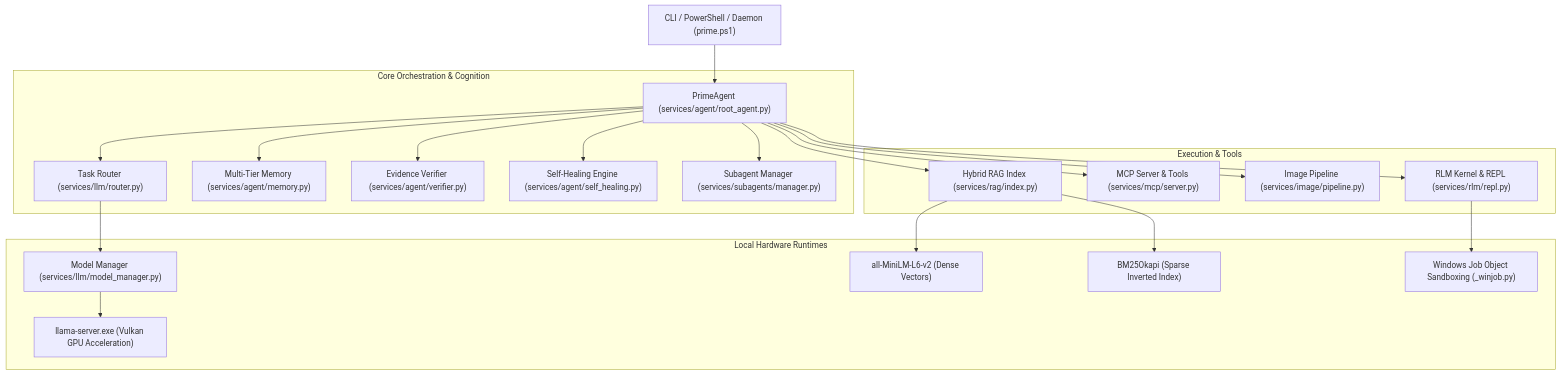
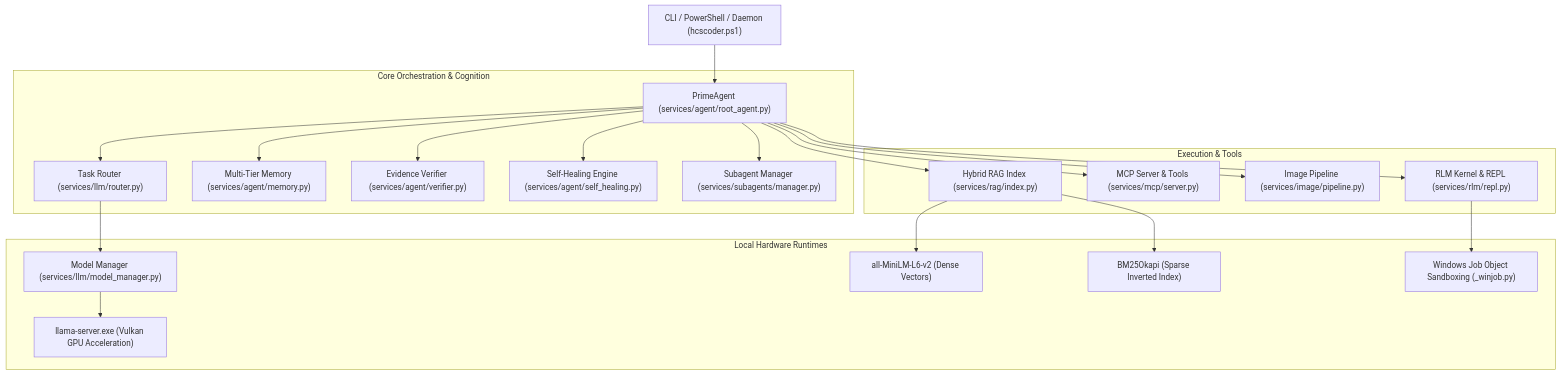
Before and after one commit to timfromhcs/prime-agent: the first of 2 diagrams in ARCHITECTURE.md, drawn with Mermaid. The commit also changed 22 other files, not shown here.

````diff
--- a/ARCHITECTURE.md
+++ b/ARCHITECTURE.md
@@ -19,27 +19,27 @@
 ```mermaid
 flowchart TD
-    CLI["CLI / PowerShell / Daemon (prime.ps1)"] --> RootAgent["PrimeAgent (services/agent/root_agent.py)"]
+    CLI["CLI / PowerShell / Daemon (hcscoder.ps1)"] --> RootAgent["PrimeAgent (services/agent/root_agent.py)"]
     
     subgraph "Core Orchestration & Cognition"
         RootAgent --> Router["Task Router (services/llm/router.py)"]
         RootAgent --> Memory["Multi-Tier Memory (services/agent/memory.py)"]
         RootAgent --> Verifier["Evidence Verifier (services/agent/verifier.py)"]
         RootAgent --> SelfHealing["Self-Healing Engine (services/agent/self_healing.py)"]
         RootAgent --> Subagents["Subagent Manager (services/subagents/manager.py)"]
     end
 
     subgraph "Execution & Tools"
         RootAgent --> RLM["RLM Kernel & REPL (services/rlm/repl.py)"]
         RootAgent --> MCP["MCP Server & Tools (services/mcp/server.py)"]
         RootAgent --> ImagePipe["Image Pipeline (services/image/pipeline.py)"]
         RootAgent --> RAG["Hybrid RAG Index (services/rag/index.py)"]
     end
 
     subgraph "Local Hardware Runtimes"
         Router --> LLM["Model Manager (services/llm/model_manager.py)"]
         LLM --> VulkanServer["llama-server.exe (Vulkan GPU Acceleration)"]
         RAG --> Embeddings["all-MiniLM-L6-v2 (Dense Vectors)"]
         RAG --> BM25["BM25Okapi (Sparse Inverted Index)"]
         RLM --> WinJob["Windows Job Object Sandboxing (_winjob.py)"]
     end
 ```
````
